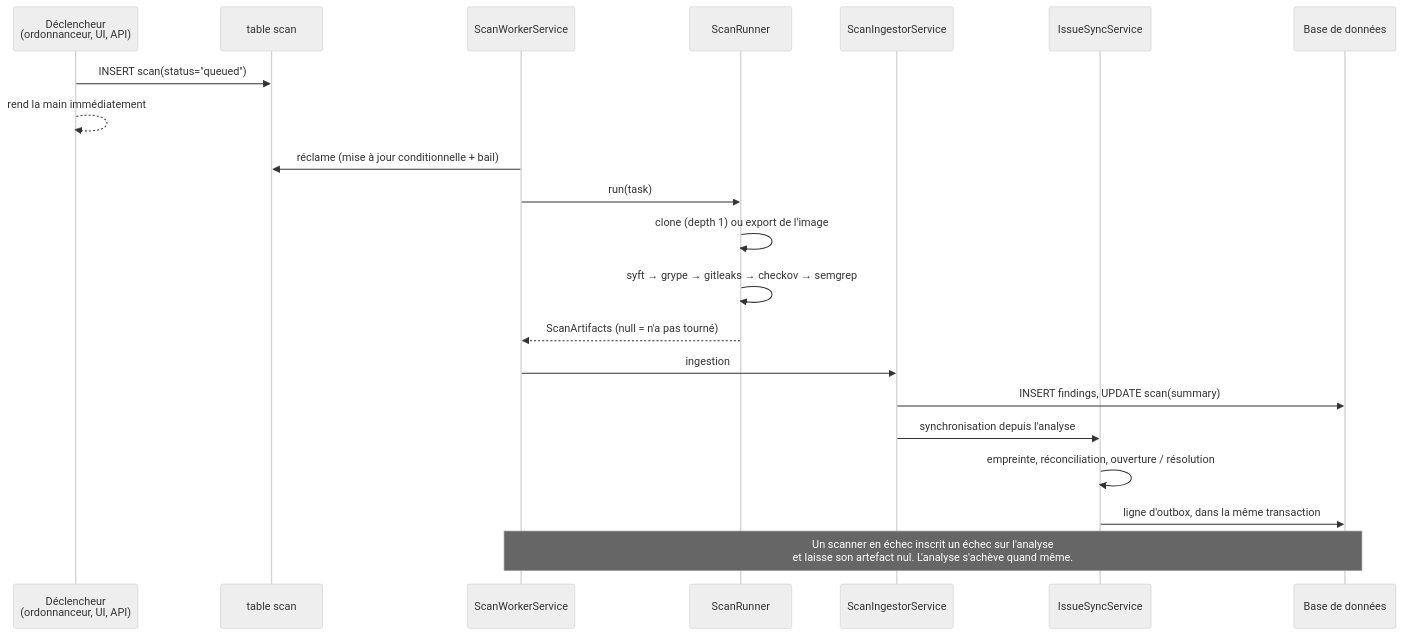
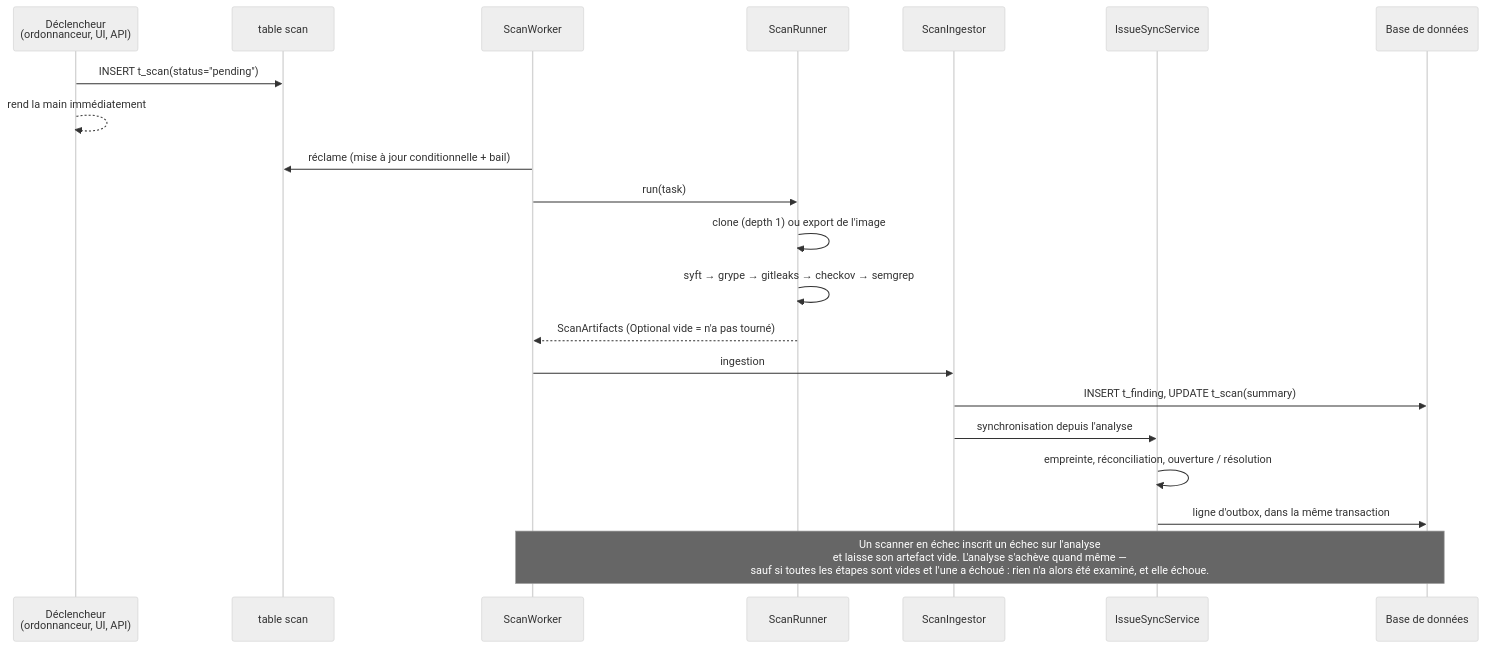
Before and after one commit to asmolabs/vectispire: the third of 3 diagrams in docs/fr/TECHNICAL_DOCUMENTATION.fr.md, drawn with Mermaid (neutral theme). The commit also changed other lines of this file and 43 other files, not shown here.

````diff
--- a/docs/fr/TECHNICAL_DOCUMENTATION.fr.md
+++ b/docs/fr/TECHNICAL_DOCUMENTATION.fr.md
@@ -271,24 +269,24 @@
 ```mermaid
 sequenceDiagram
     participant T as Déclencheur<br/>(ordonnanceur, UI, API)
     participant Q as table scan
-    participant W as ScanWorkerService
+    participant W as ScanWorker
     participant R as ScanRunner
-    participant I as ScanIngestorService
+    participant I as ScanIngestor
     participant S as IssueSyncService
     participant DB as Base de données
 
-    T->>Q: INSERT scan(status="queued")
+    T->>Q: INSERT t_scan(status="pending")
     T-->>T: rend la main immédiatement
     W->>Q: réclame (mise à jour conditionnelle + bail)
     W->>R: run(task)
     R->>R: clone (depth 1) ou export de l'image
     R->>R: syft → grype → gitleaks → checkov → semgrep
-    R-->>W: ScanArtifacts (null = n'a pas tourné)
+    R-->>W: ScanArtifacts (Optional vide = n'a pas tourné)
     W->>I: ingestion
-    I->>DB: INSERT findings, UPDATE scan(summary)
+    I->>DB: INSERT t_finding, UPDATE t_scan(summary)
     I->>S: synchronisation depuis l'analyse
     S->>S: empreinte, réconciliation, ouverture / résolution
     S->>DB: ligne d'outbox, dans la même transaction
-    Note over W,DB: Un scanner en échec inscrit un échec sur l'analyse<br/>et laisse son artefact nul. L'analyse s'achève quand même.
+    Note over W,DB: Un scanner en échec inscrit un échec sur l'analyse<br/>et laisse son artefact vide. L'analyse s'achève quand même —<br/>sauf si toutes les étapes sont vides et l'une a échoué : rien n'a alors été examiné, et elle échoue.
 ```
````
